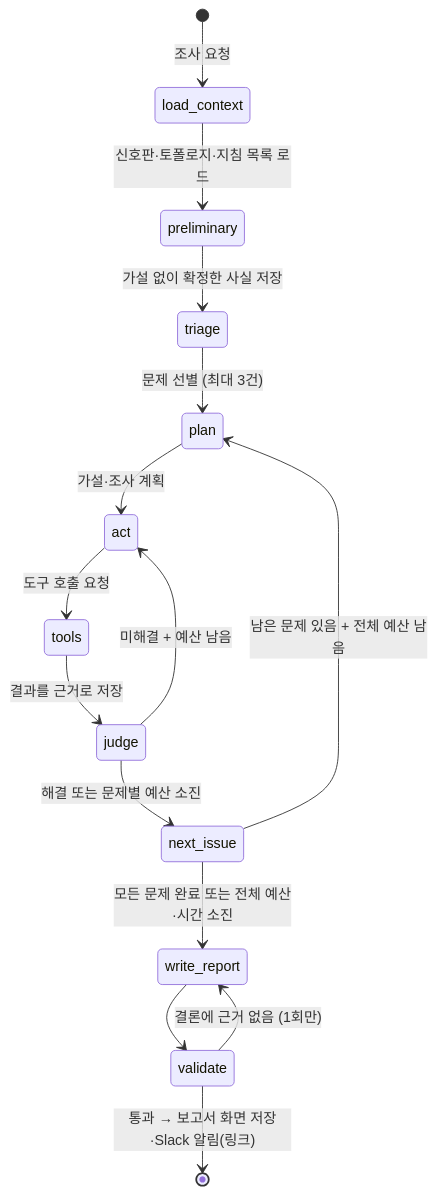
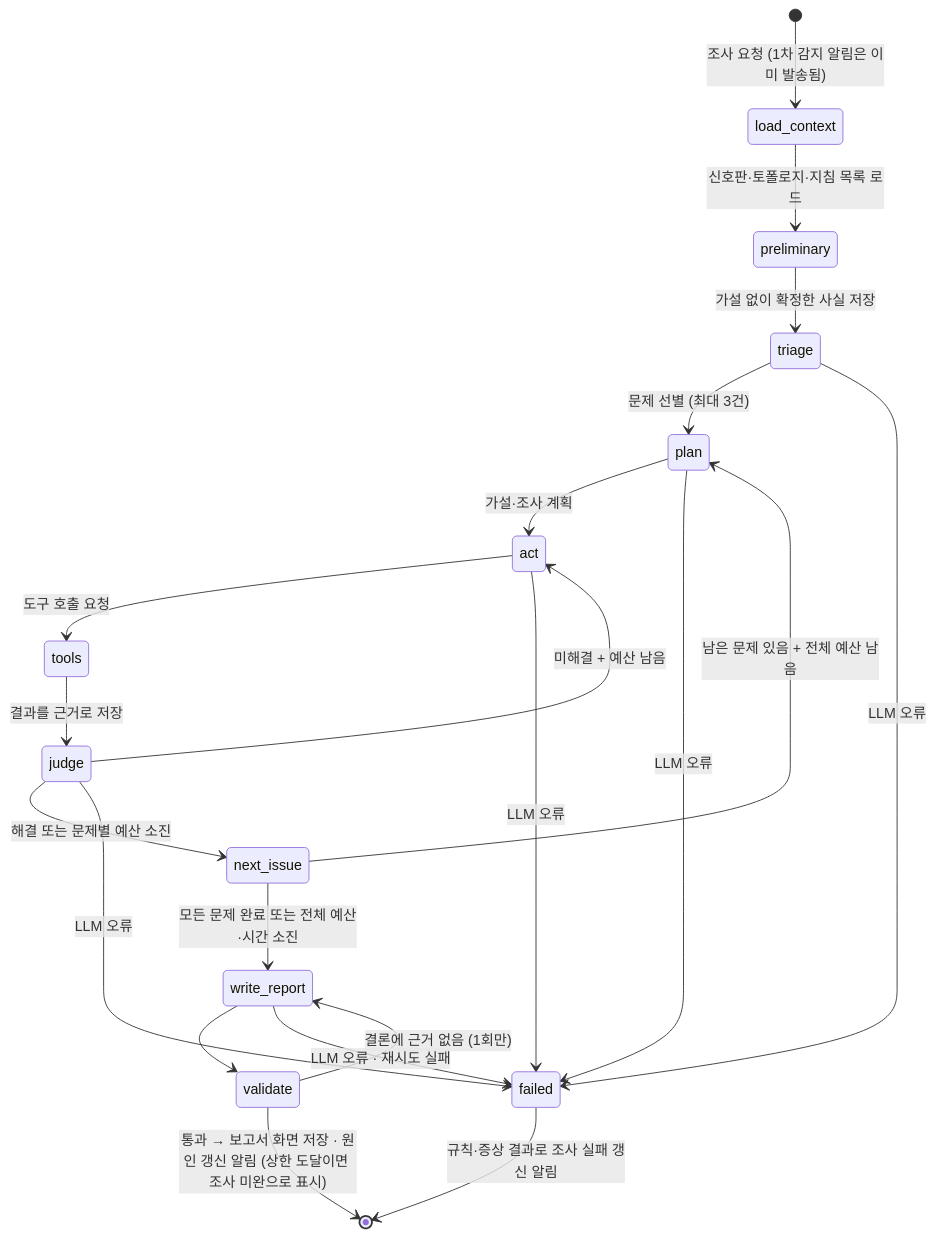
The second of 2 diagrams in docs/산출물/04-상세설계및개발환경구축.md (skax-jihyeryu/KubeGuardian), drawn with Mermaid before and after one commit. The commit also changed other lines of this file and 8 other files, not shown here.

````diff
--- a/docs/산출물/04-상세설계및개발환경구축.md
+++ b/docs/산출물/04-상세설계및개발환경구축.md
@@ -176,17 +195,23 @@
 ```mermaid
 stateDiagram-v2
-    [*] --> load_context: 조사 요청
+    [*] --> load_context: 조사 요청 (1차 감지 알림은 이미 발송됨)
     load_context --> preliminary: 신호판·토폴로지·지침 목록 로드
     preliminary --> triage: 가설 없이 확정한 사실 저장
     triage --> plan: 문제 선별 (최대 3건)
     plan --> act: 가설·조사 계획
     act --> tools: 도구 호출 요청
     tools --> judge: 결과를 근거로 저장
     judge --> act: 미해결 + 예산 남음
     judge --> next_issue: 해결 또는 문제별 예산 소진
     next_issue --> plan: 남은 문제 있음 + 전체 예산 남음
     next_issue --> write_report: 모든 문제 완료 또는 전체 예산·시간 소진
     write_report --> validate
     validate --> write_report: 결론에 근거 없음 (1회만)
-    validate --> [*]: 통과 → 보고서 화면 저장·Slack 알림(링크)
+    validate --> [*]: 통과 → 보고서 화면 저장 · 원인 갱신 알림 (상한 도달이면 조사 미완으로 표시)
+    triage --> failed: LLM 오류
+    plan --> failed: LLM 오류
+    act --> failed: LLM 오류
+    judge --> failed: LLM 오류
+    write_report --> failed: LLM 오류 · 재시도 실패
+    failed --> [*]: 규칙·증상 결과로 조사 실패 갱신 알림
 ```
````
